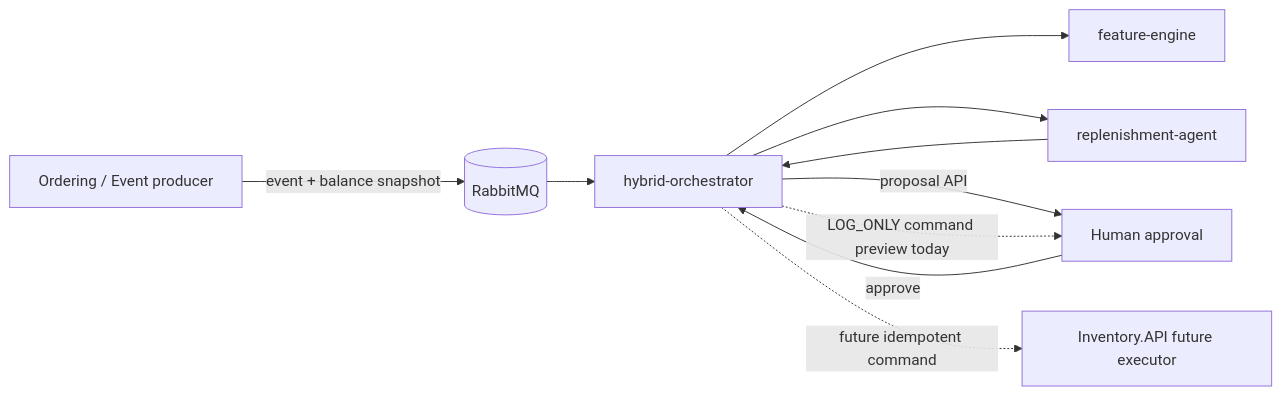
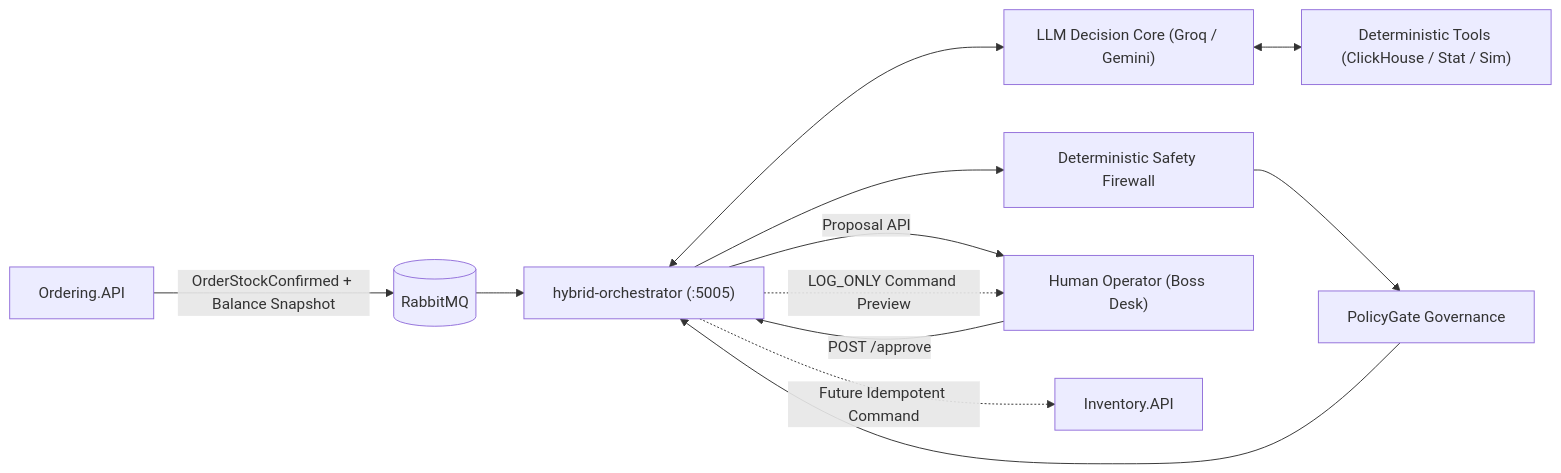
The diagram in src/RustDataPlatform/hybrid-orchestrator/README.md (Clearleaff/Replenishment-Engine), drawn with Mermaid before and after one commit. The commit also changed other lines of this file and 28 other files, not shown here.

````diff
--- a/src/RustDataPlatform/hybrid-orchestrator/README.md
+++ b/src/RustDataPlatform/hybrid-orchestrator/README.md
@@ -18,20 +24,14 @@
 ```mermaid
 flowchart LR
-    Producer[Ordering / Event producer]
-    Rabbit[(RabbitMQ)]
-    Hybrid[hybrid-orchestrator]
-    Feature[feature-engine]
-    Agent[replenishment-agent]
-    Human[Human approval]
-    Inventory[Inventory.API future executor]
-
-    Producer -->|event + balance snapshot| Rabbit
-    Rabbit --> Hybrid
-    Hybrid --> Feature
-    Hybrid --> Agent
-    Agent --> Hybrid
-    Hybrid -->|proposal API| Human
-    Human -->|approve| Hybrid
-    Hybrid -. LOG_ONLY command preview today .-> Human
-    Hybrid -. future idempotent command .-> Inventory
+    Producer["Ordering.API"] -->|"OrderStockConfirmed + Balance Snapshot"| Rabbit[("RabbitMQ")]
+    Rabbit --> Hybrid["hybrid-orchestrator (:5005)"]
+    Hybrid <--> LLM["LLM Decision Core (Groq / Gemini)"]
+    LLM <--> Tools["Deterministic Tools (ClickHouse / Stat / Sim)"]
+    Hybrid --> Firewall["Deterministic Safety Firewall"]
+    Firewall --> Gate["PolicyGate Governance"]
+    Gate --> Hybrid
+    Hybrid -->|"Proposal API"| Human["Human Operator (Boss Desk)"]
+    Human -->|"POST /approve"| Hybrid
+    Hybrid -. "LOG_ONLY Command Preview" .-> Human
+    Hybrid -. "Future Idempotent Command" .-> Inventory["Inventory.API"]
 ```
````
